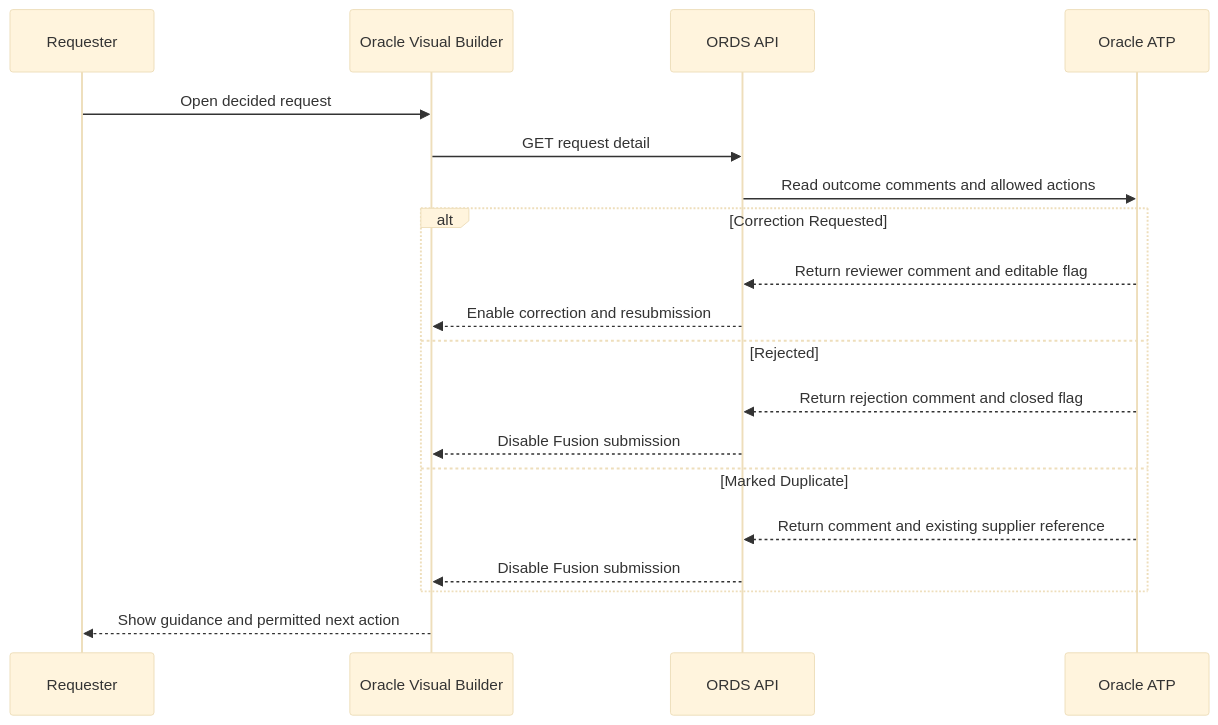
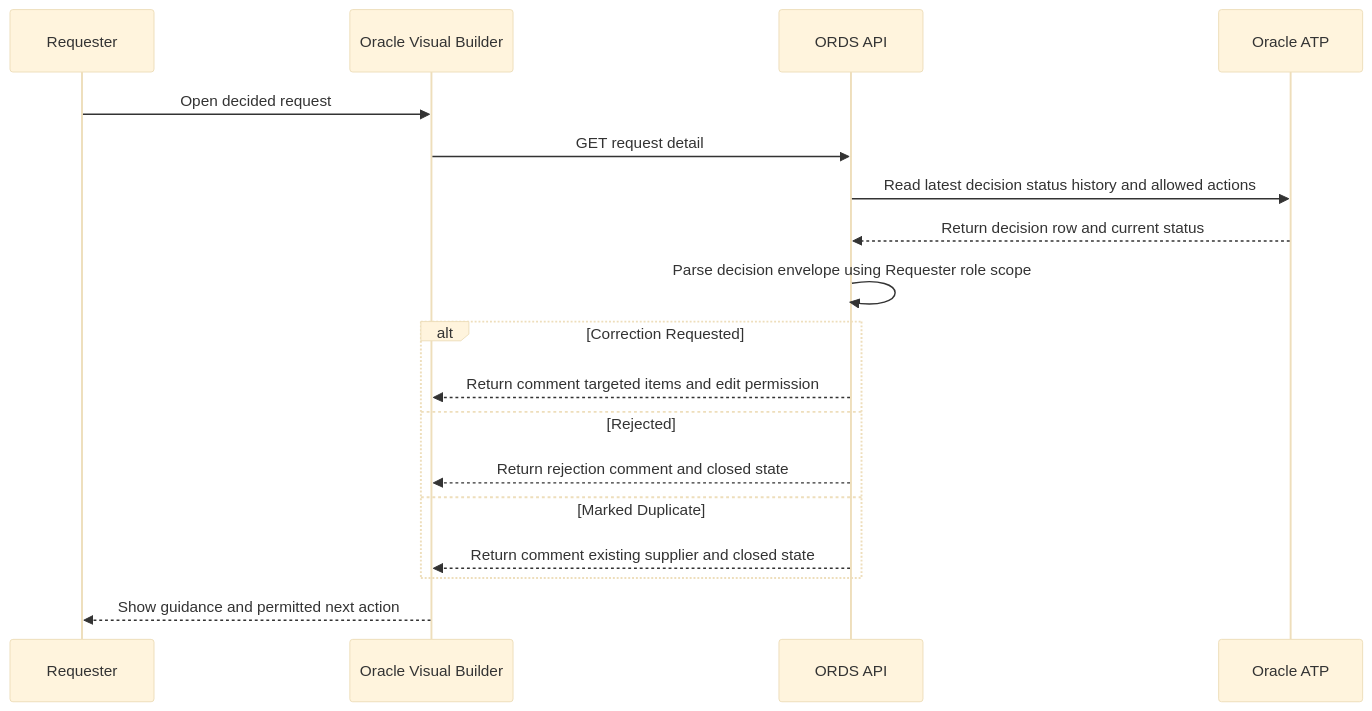
One commit to abdullahsohaill/erp-supplier-onboarding changed the eighth of 14 diagrams in aidlc-docs/inception/user-stories/sequence-diagrams.md. Above: the diagram before and after it, drawn with Mermaid (base theme). The commit also changed other lines of this file and 6 other files, not shown here.

Commit message:
Align requirements and stories with finalized schema

````diff
--- a/aidlc-docs/inception/user-stories/sequence-diagrams.md
+++ b/aidlc-docs/inception/user-stories/sequence-diagrams.md
@@ -225,21 +233,20 @@
 ```mermaid
 sequenceDiagram
     participant Requester
     participant VB as Oracle Visual Builder
     participant ORDS as ORDS API
     participant ATP as Oracle ATP
     Requester->>VB: Open decided request
     VB->>ORDS: GET request detail
-    ORDS->>ATP: Read outcome comments and allowed actions
+    ORDS->>ATP: Read latest decision status history and allowed actions
+    ATP-->>ORDS: Return decision row and current status
+    ORDS->>ORDS: Parse decision envelope using Requester role scope
     alt Correction Requested
-        ATP-->>ORDS: Return reviewer comment and editable flag
-        ORDS-->>VB: Enable correction and resubmission
+        ORDS-->>VB: Return comment targeted items and edit permission
     else Rejected
-        ATP-->>ORDS: Return rejection comment and closed flag
-        ORDS-->>VB: Disable Fusion submission
+        ORDS-->>VB: Return rejection comment and closed state
     else Marked Duplicate
-        ATP-->>ORDS: Return comment and existing supplier reference
-        ORDS-->>VB: Disable Fusion submission
+        ORDS-->>VB: Return comment existing supplier and closed state
     end
     VB-->>Requester: Show guidance and permitted next action
 ```
````
